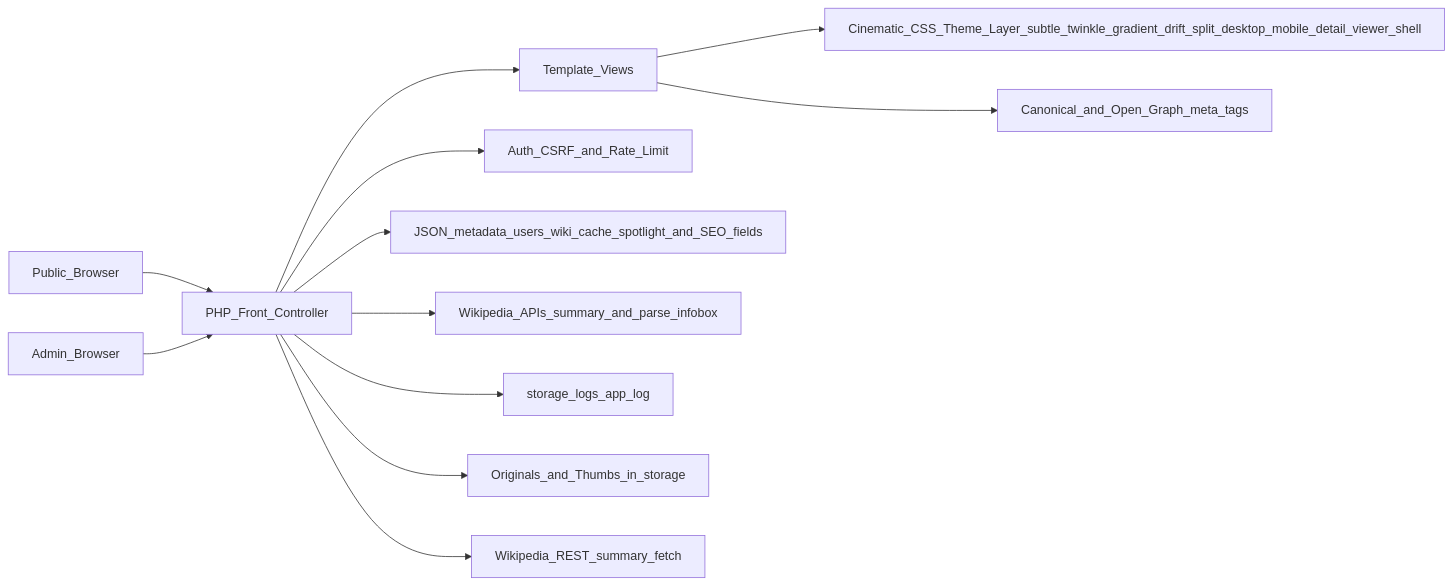
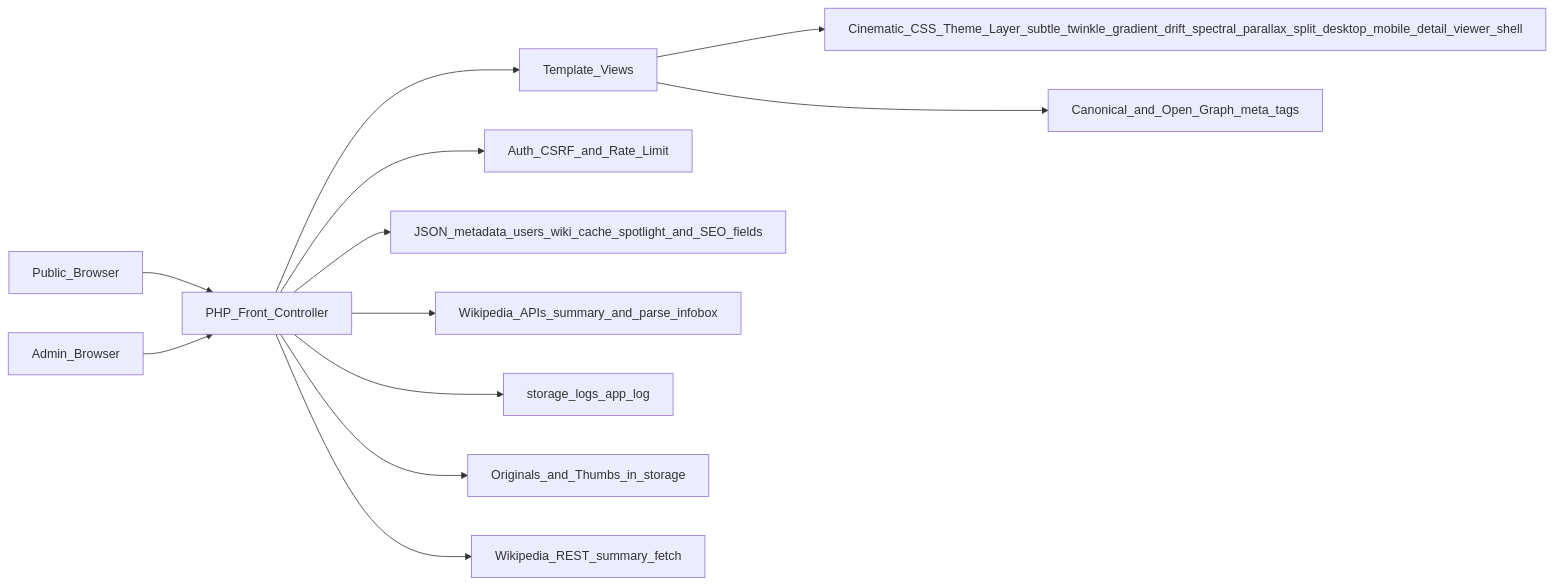
The third of 3 diagrams in README.md (smeird/images), drawn with Mermaid before and after one commit. The commit also changed other lines of this file and 3 other files, not shown here.

Commit message:
Add spectral hero parallax and chip-first filter refine UX\n\nREADME and Mermaid diagrams reviewed/updated for landing flow + architecture changes.

````diff
--- a/README.md
+++ b/README.md
@@ -195,14 +199,14 @@
 ```mermaid
 graph LR
   Public_Browser --> PHP_Front_Controller
   Admin_Browser --> PHP_Front_Controller
   PHP_Front_Controller --> Template_Views
-  Template_Views --> Cinematic_CSS_Theme_Layer_subtle_twinkle_gradient_drift_split_desktop_mobile_detail_viewer_shell
+  Template_Views --> Cinematic_CSS_Theme_Layer_subtle_twinkle_gradient_drift_spectral_parallax_split_desktop_mobile_detail_viewer_shell
   Template_Views --> Canonical_and_Open_Graph_meta_tags
   PHP_Front_Controller --> Auth_CSRF_and_Rate_Limit
   PHP_Front_Controller --> JSON_metadata_users_wiki_cache_spotlight_and_SEO_fields
   PHP_Front_Controller --> Wikipedia_APIs_summary_and_parse_infobox
   PHP_Front_Controller --> storage_logs_app_log
   PHP_Front_Controller --> Originals_and_Thumbs_in_storage
   PHP_Front_Controller --> Wikipedia_REST_summary_fetch
 ```
````
